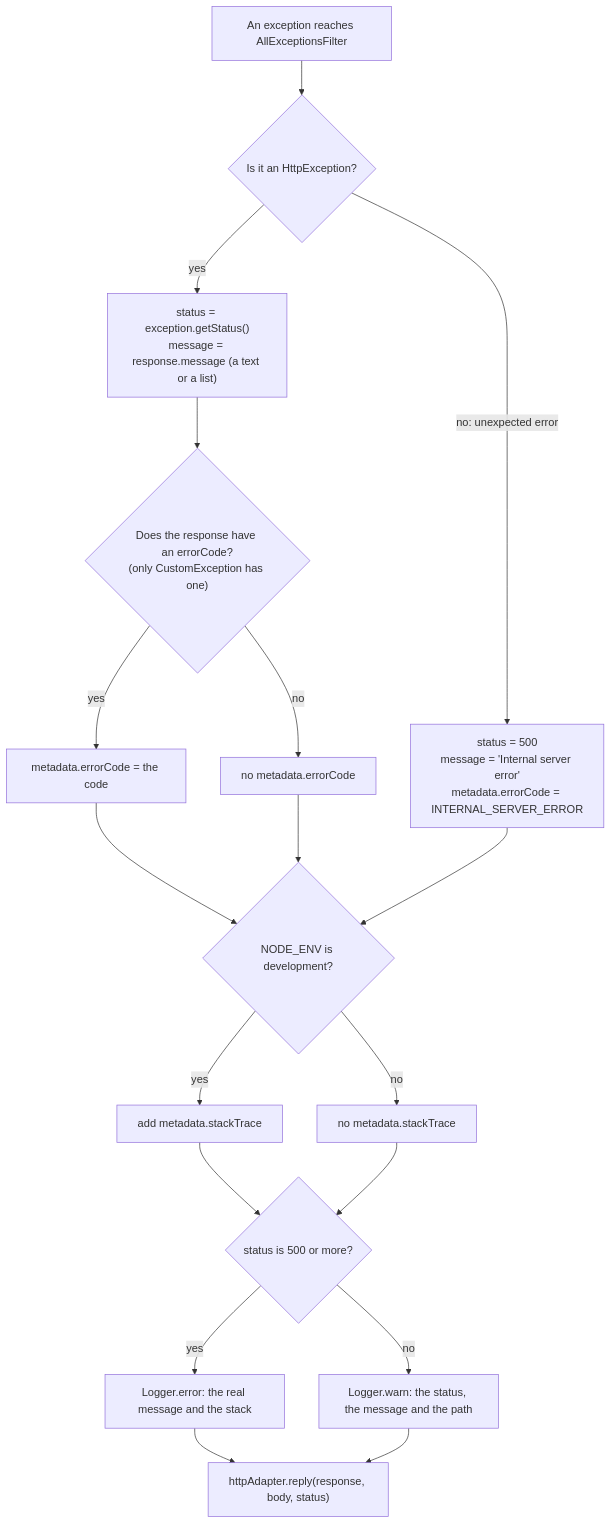
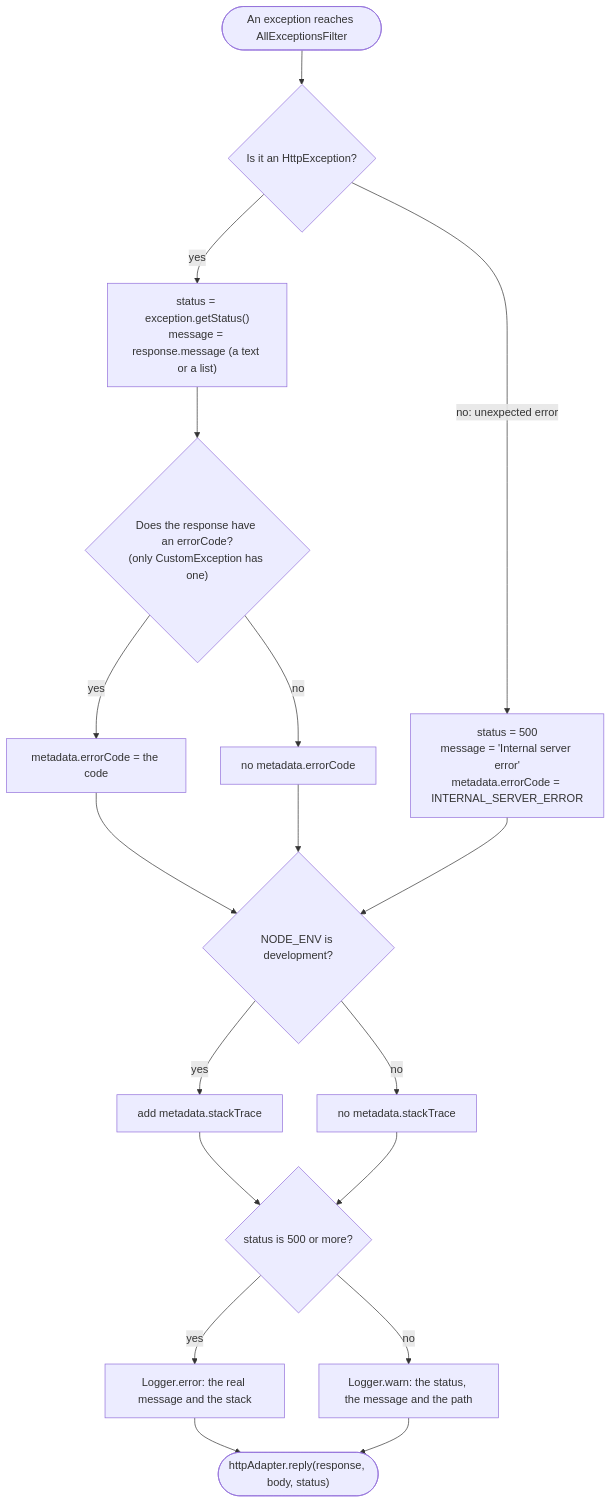
One commit to CyberBrainiac/job-search-automation-tool changed the third of 3 diagrams in docs/error-handling.md. Above: the diagram before and after it, drawn with Mermaid. The commit also changed other lines of this file and 2 other files, not shown here.

Commit message:
docs(root): make all diagrams follow the diagram rules
Claude-Session: https://claude.ai/code/session_0178pBtkxPmQDEznvjrPWndC

````diff
--- a/docs/error-handling.md
+++ b/docs/error-handling.md
@@ -71,25 +71,20 @@
 ```mermaid
 flowchart TD
-  A["An exception reaches AllExceptionsFilter"] --> B{"Is it an HttpException?"}
-
+  A(["An exception reaches AllExceptionsFilter"]) --> B{"Is it an HttpException?"}
   B -- "yes" --> C["status = exception.getStatus()<br/>message = response.message (a text or a list)"]
+  B -- "no: unexpected error" --> H["status = 500<br/>message = 'Internal server error'<br/>metadata.errorCode = INTERNAL_SERVER_ERROR"]
   C --> D{"Does the response have an errorCode?<br/>(only CustomException has one)"}
   D -- "yes" --> E["metadata.errorCode = the code"]
   D -- "no" --> G["no metadata.errorCode"]
-
-  B -- "no: unexpected error" --> H["status = 500<br/>message = 'Internal server error'<br/>metadata.errorCode = INTERNAL_SERVER_ERROR"]
-
   E --> I{"NODE_ENV is development?"}
   G --> I
   H --> I
   I -- "yes" --> J["add metadata.stackTrace"]
   I -- "no" --> K["no metadata.stackTrace"]
-
   J --> M{"status is 500 or more?"}
   K --> M
   M -- "yes" --> N["Logger.error: the real message and the stack"]
   M -- "no" --> O["Logger.warn: the status, the message and the path"]
-
-  N --> P["httpAdapter.reply(response, body, status)"]
+  N --> P(["httpAdapter.reply(response, body, status)"])
   O --> P
 ```
````
